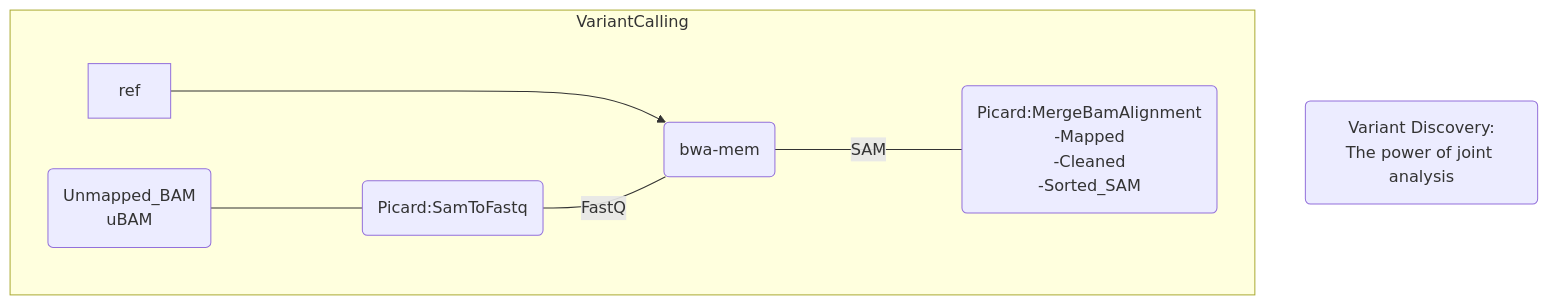
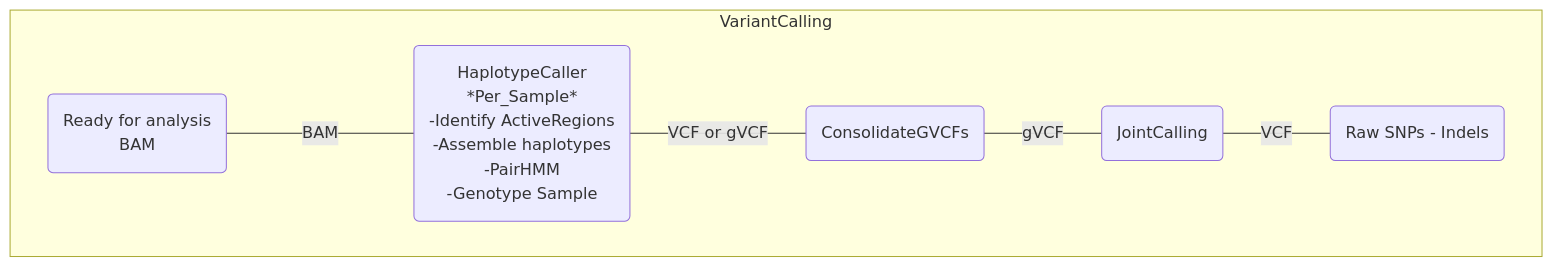
One commit to sergiolitwiniuk85/GATK-best-practices-VC-pipe changed the diagram in 2_VariantCalling_GATK.md. Above: the diagram before and after it, drawn with Mermaid. The commit also changed other lines of this file, not shown here.

````diff
--- a/2_VariantCalling_GATK.md
+++ b/2_VariantCalling_GATK.md
@@ -1,24 +43,25 @@
 ```mermaid
 
 
 flowchart TD;
-var(Variant Discovery:\nThe power of joint analysis)
-    click var href "https://drive.google.com/drive/folders/0BwTg3aXzGxEDR2JKTUIxVGxCT1k?resourcekey=0-Y4tV1putQCzgF7j504BIHg"
+
 
     subgraph VariantCalling
-    ref----> bam_output
-    UM(Unmapped_BAM\nuBAM)----pi(Picard:SamToFastq)--FastQ---bam_output(bwa-mem)--SAM----pik(Picard:MergeBamAlignment\n-Mapped\n-Cleaned\n-Sorted_SAM)
+    A(Ready for analysis\nBAM)--BAM---- B(HaplotypeCaller\n*Per_Sample*\n-Identify ActiveRegions\n-Assemble haplotypes\n-PairHMM\n-Genotype Sample)
     
-    
+    B -- VCF or gVCF --- C(ConsolidateGVCFs)   
+
+    C --gVCF--- D(JointCalling) -- VCF --- E(Raw SNPs - Indels)
+
     
     end
 
 
 %%Comment
 
 
 
 
 
 
 ```
````
